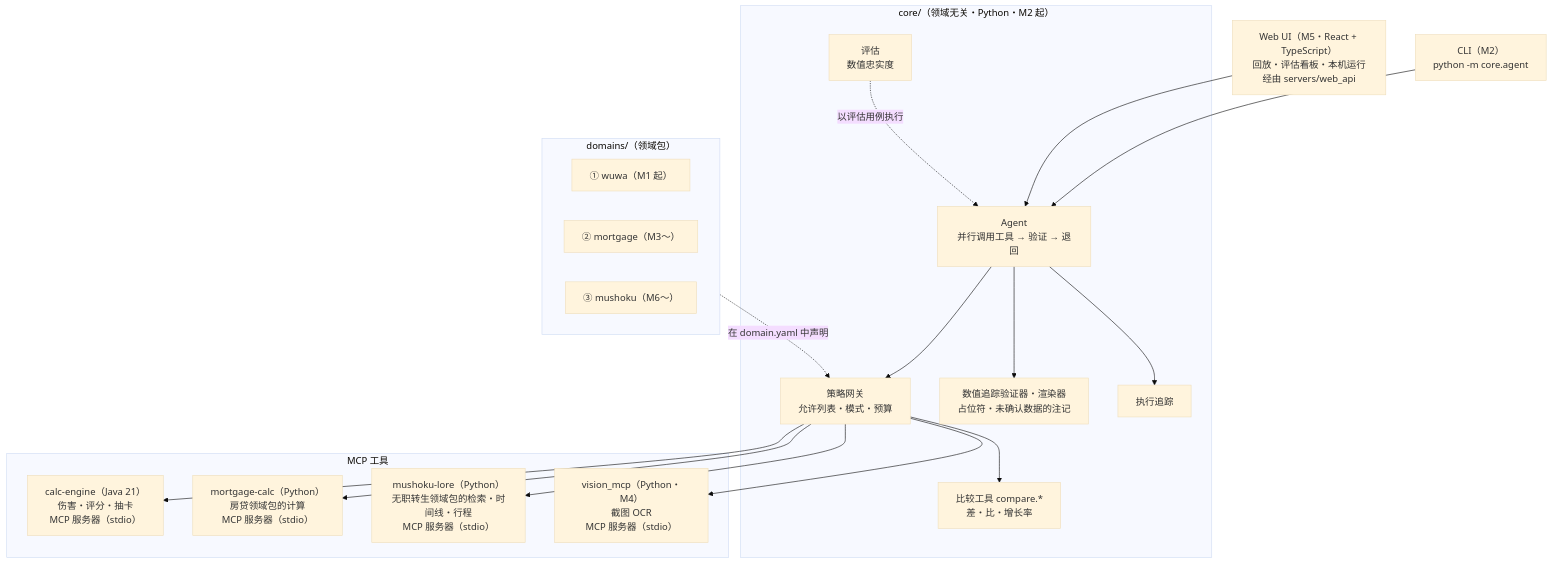
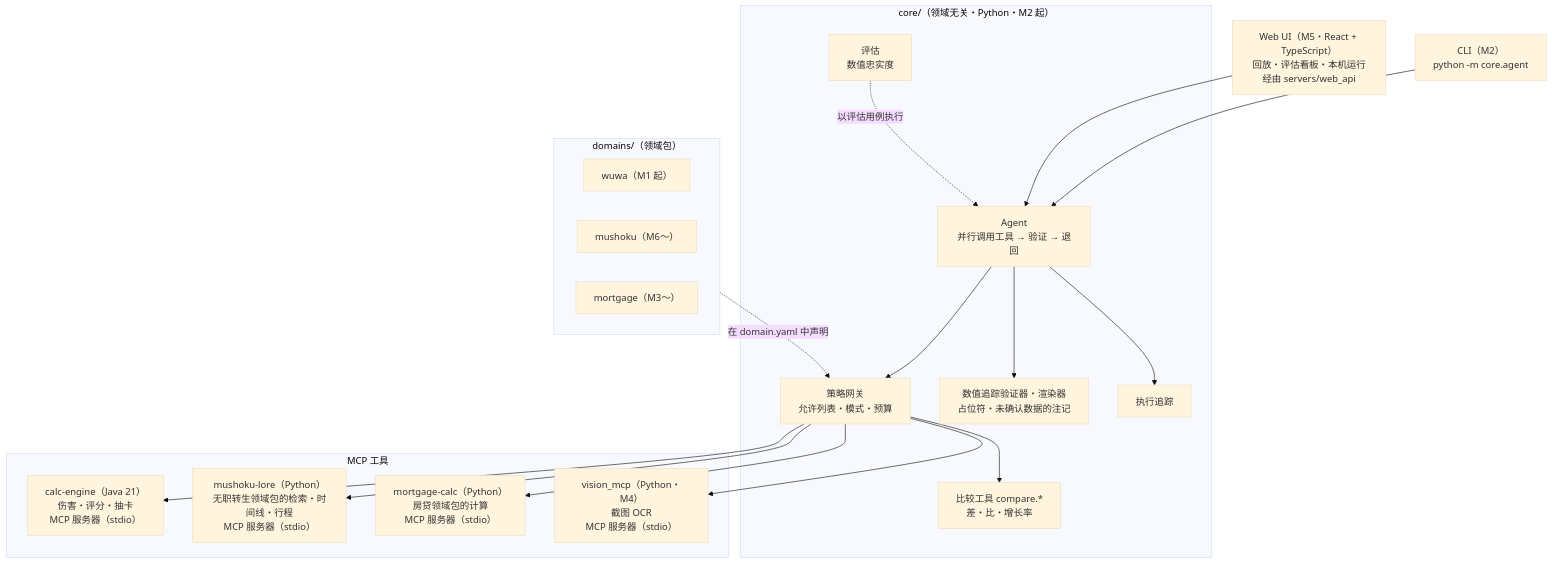
Before and after one commit to hexinlong9981/echolab: the first of 3 diagrams in docs/architecture.zh-CN.md, drawn with Mermaid (base theme). The commit also changed other lines of this file and 22 other files, not shown here.

````diff
--- a/docs/architecture.zh-CN.md
+++ b/docs/architecture.zh-CN.md
@@ -13,32 +13,32 @@
 ```mermaid
 flowchart TB
   CLI["CLI（M2）<br/>python -m core.agent"]
   UI["Web UI（M5・React + TypeScript）<br/>回放・评估看板・本机运行<br/>经由 servers/web_api"]
   subgraph core["core/（领域无关・Python・M2 起）"]
     AG["Agent<br/>并行调用工具 → 验证 → 退回"]
     GW["策略网关<br/>允许列表・模式・预算"]
     VF["数值追踪验证器・渲染器<br/>占位符・未确认数据的注记"]
     CMP["比较工具 compare.*<br/>差・比・增长率"]
     EV["评估<br/>数值忠实度"]
     TR["执行追踪"]
   end
   subgraph tools["MCP 工具"]
     CE["calc-engine（Java 21）<br/>伤害・评分・抽卡<br/>MCP 服务器（stdio）"]
+    ML["mushoku-lore（Python）<br/>无职转生领域包的检索・时间线・行程<br/>MCP 服务器（stdio）"]
     MC["mortgage-calc（Python）<br/>房贷领域包的计算<br/>MCP 服务器（stdio）"]
-    ML["mushoku-lore（Python）<br/>无职转生领域包的检索・时间线・行程<br/>MCP 服务器（stdio）"]
     VM["vision_mcp（Python・M4）<br/>截图 OCR<br/>MCP 服务器（stdio）"]
   end
   subgraph domains["domains/（领域包）"]
-    D1["① wuwa（M1 起）"]
-    D3["② mortgage（M3〜）"]
-    D4["③ mushoku（M6〜）"]
+    D1["wuwa（M1 起）"]
+    D4["mushoku（M6〜）"]
+    D3["mortgage（M3〜）"]
   end
   CLI --> AG
   UI --> AG
   AG --> GW --> CE & MC & ML & CMP & VM
   AG --> VF
   AG --> TR
   domains -. "在 domain.yaml 中声明" .-> GW
   EV -. "以评估用例执行" .-> AG
 
 ```
````
